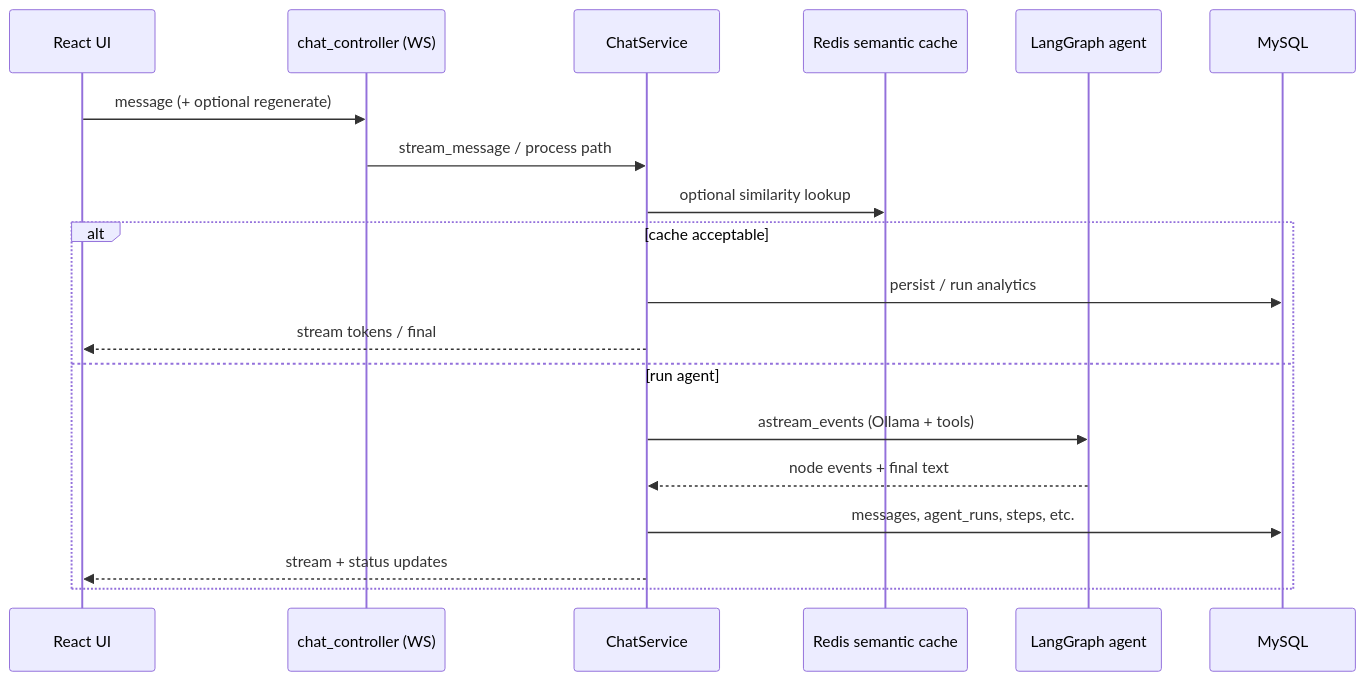
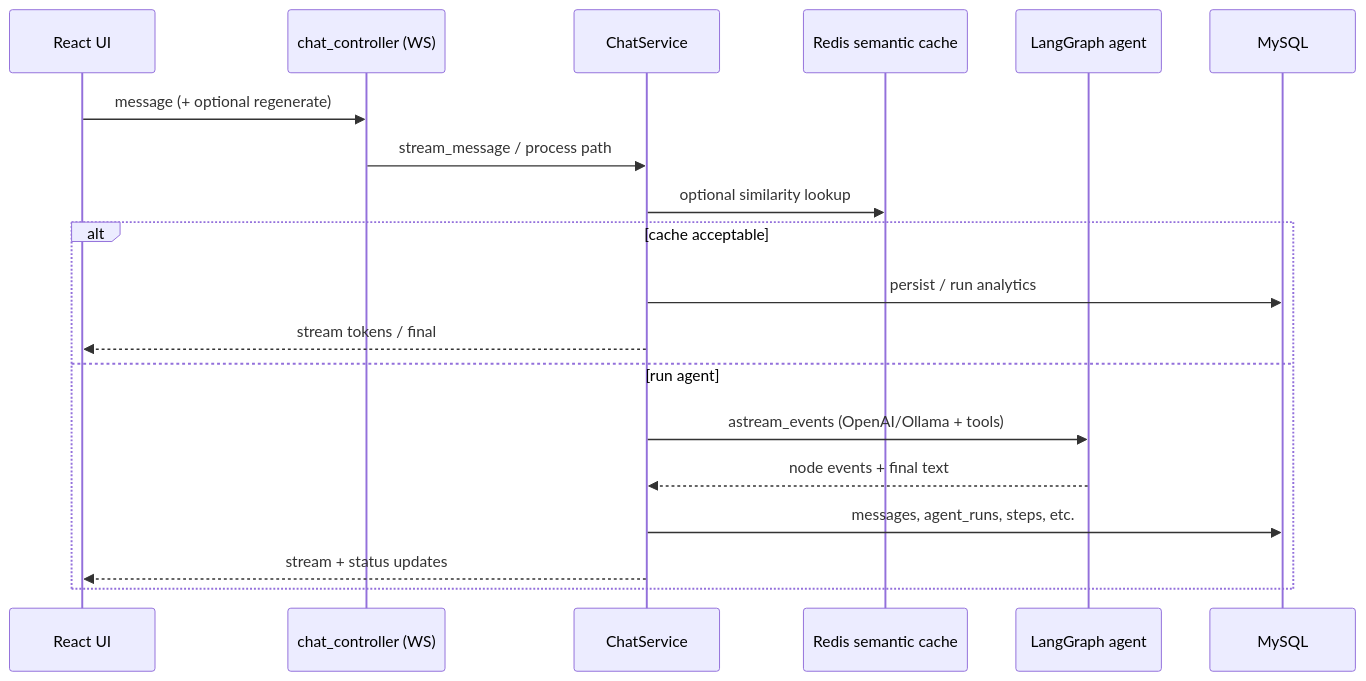
Before and after one commit to raymonds-vault/movie-agent: the second of 2 diagrams in docs/ARCHITECTURE.md, drawn with Mermaid. The commit also changed other lines of this file and 17 other files, not shown here.

````diff
--- a/docs/ARCHITECTURE.md
+++ b/docs/ARCHITECTURE.md
@@ -69,22 +73,22 @@
 ```mermaid
 sequenceDiagram
   participant UI as React UI
   participant WS as chat_controller (WS)
   participant CS as ChatService
   participant Cache as Redis semantic cache
   participant Graph as LangGraph agent
   participant DB as MySQL
 
   UI->>WS: message (+ optional regenerate)
   WS->>CS: stream_message / process path
   CS->>Cache: optional similarity lookup
   alt cache acceptable
     CS->>DB: persist / run analytics
     CS-->>UI: stream tokens / final
   else run agent
-    CS->>Graph: astream_events (Ollama + tools)
+    CS->>Graph: astream_events (OpenAI/Ollama + tools)
     Graph-->>CS: node events + final text
     CS->>DB: messages, agent_runs, steps, etc.
     CS-->>UI: stream + status updates
   end
 ```
````
